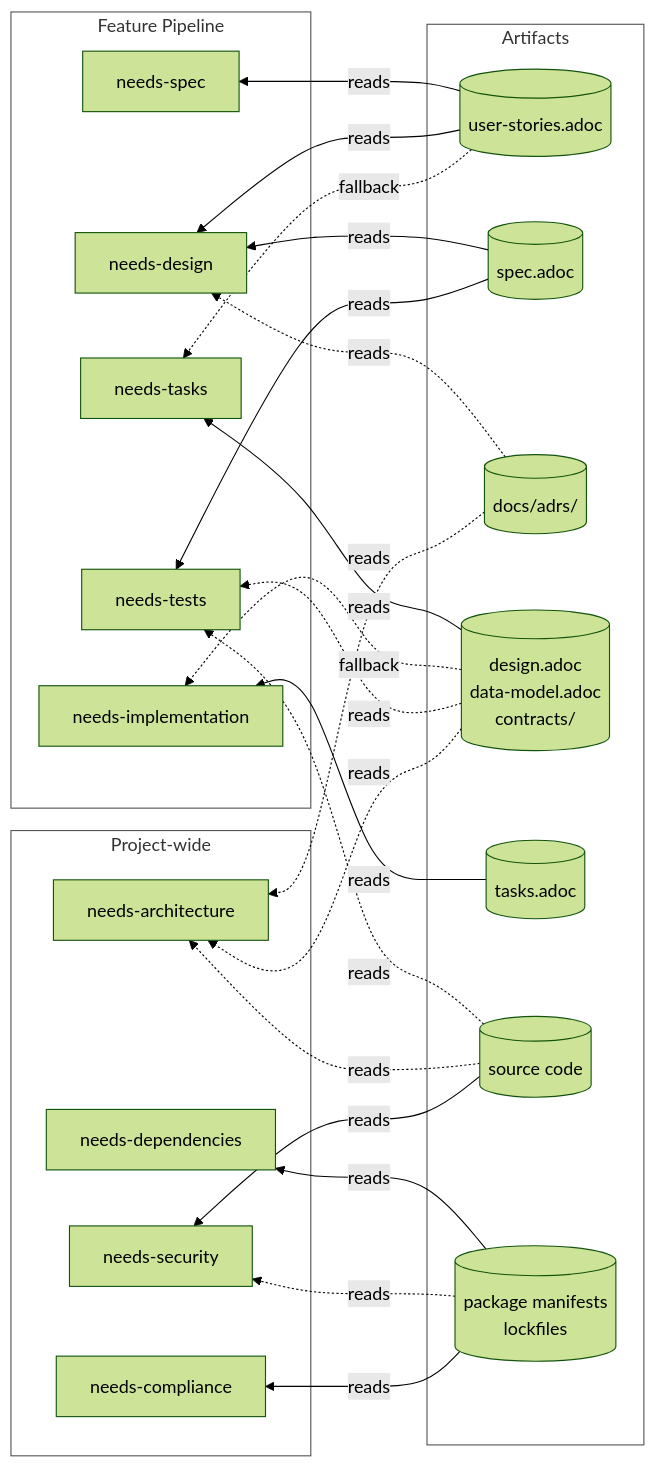
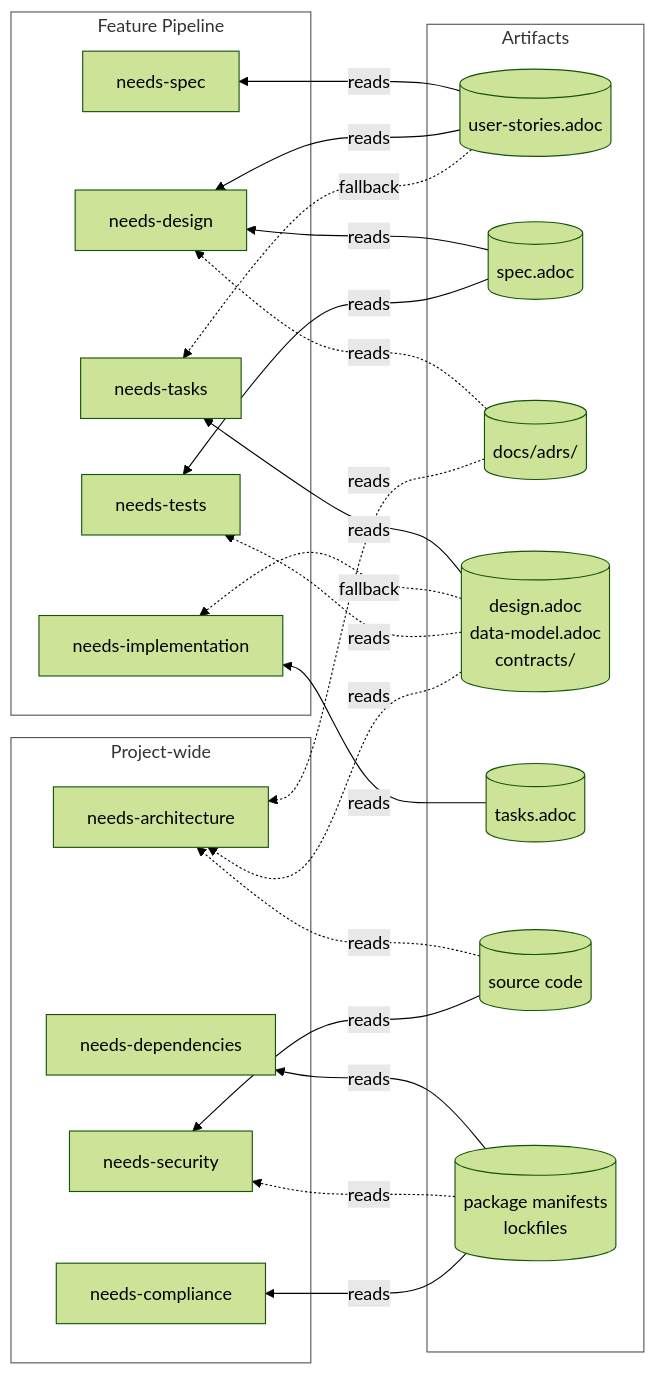
Before and after one commit to provenimpact/proven-needs: the fourth of 6 diagrams in README.md, drawn with Mermaid (forest theme). The commit also changed other lines of this file and 5 other files, not shown here.

````diff
--- a/README.md
+++ b/README.md
@@ -150,55 +151,54 @@
 ```mermaid
 flowchart RL
     subgraph artifacts ["Artifacts"]
         STORIES[("user-stories.adoc")]
         SPEC[("spec.adoc")]
         ADRS[("docs/adrs/")]
         DESIGN[("design.adoc<br/>data-model.adoc<br/>contracts/")]
         TASKS[("tasks.adoc")]
         CODE[("source code")]
         DEPS[("package manifests<br/>lockfiles")]
     end
 
     subgraph feature ["Feature Pipeline"]
         NSP["needs-spec"]
         ND["needs-design"]
         NT["needs-tasks"]
         NI["needs-implementation"]
         NTS["needs-tests"]
     end
 
     subgraph project ["Project-wide"]
         NARCH["needs-architecture"]
         NDEPS["needs-dependencies"]
         NSEC["needs-security"]
         NCOMP["needs-compliance"]
     end
 
     %% ── Feature reads (solid = primary) ───────────────────────
     STORIES -->|reads| NSP
     STORIES -->|reads| ND
     SPEC -->|reads| ND
     SPEC -->|reads| NTS
     DESIGN -->|reads| NT
     TASKS -->|reads| NI
 
     %% ── Feature reads (dashed = fallback / optional) ──────────
     STORIES -.->|fallback| NT
     DESIGN -.->|fallback| NI
     DESIGN -.->|reads| NTS
-    CODE -.->|reads| NTS
     ADRS -.->|reads| ND
 
     %% ── Project-wide reads ────────────────────────────────────
     DESIGN -.->|reads| NARCH
     ADRS -.->|reads| NARCH
     CODE -.->|reads| NARCH
     DEPS -->|reads| NDEPS
     CODE -->|reads| NSEC
     DEPS -.->|reads| NSEC
     DEPS -->|reads| NCOMP
 
     style artifacts fill:transparent,stroke:#555,stroke-width:1px
     style feature fill:transparent,stroke:#555,stroke-width:1px
     style project fill:transparent,stroke:#555,stroke-width:1px
 ```
````
